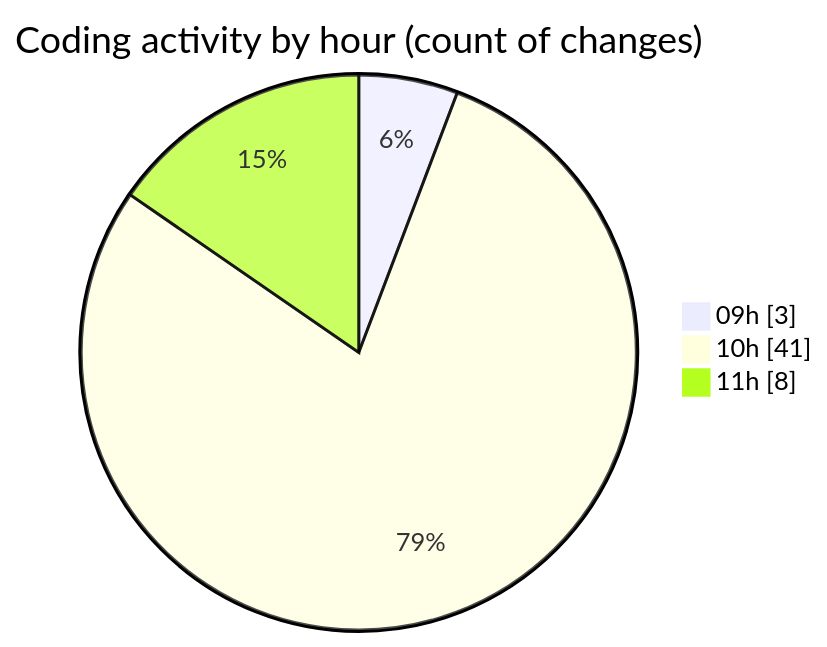
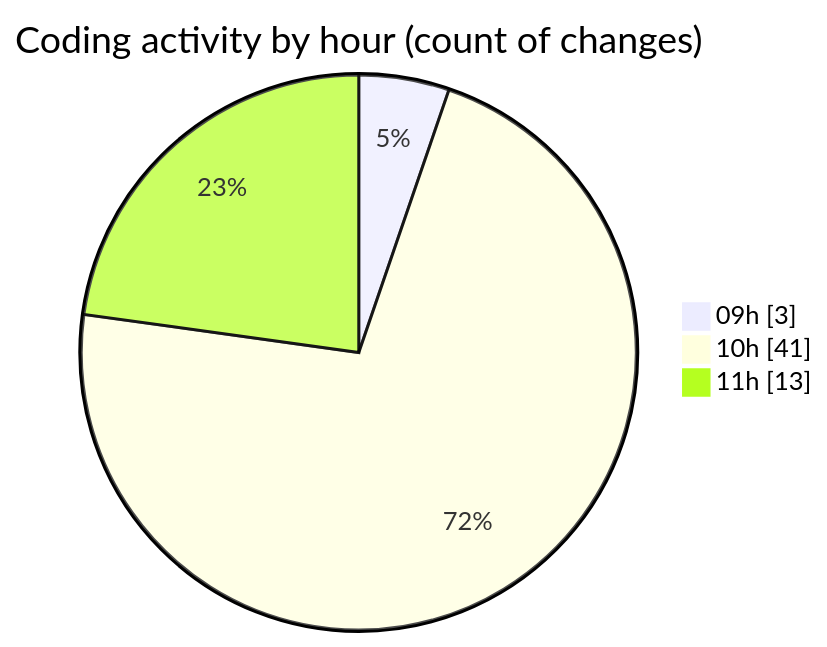
Before and after one commit to CELIANVF/code-tracking: the second of 2 diagrams in 2025-05-19/ecodeli-1/README.md, drawn with Mermaid. The commit also changed other lines of this file and 1 other file, not shown here.

````diff
--- a/2025-05-19/ecodeli-1/README.md
+++ b/2025-05-19/ecodeli-1/README.md
@@ -43,7 +43,7 @@
 ```mermaid
 pie showData
 title Coding activity by hour (count of changes)
 "09h" : 3
 "10h" : 41
-"11h" : 8
+"11h" : 13
 ```
````
